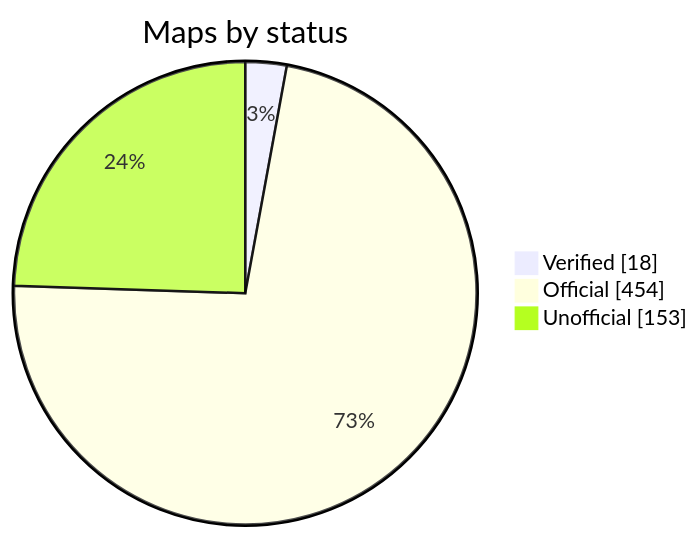
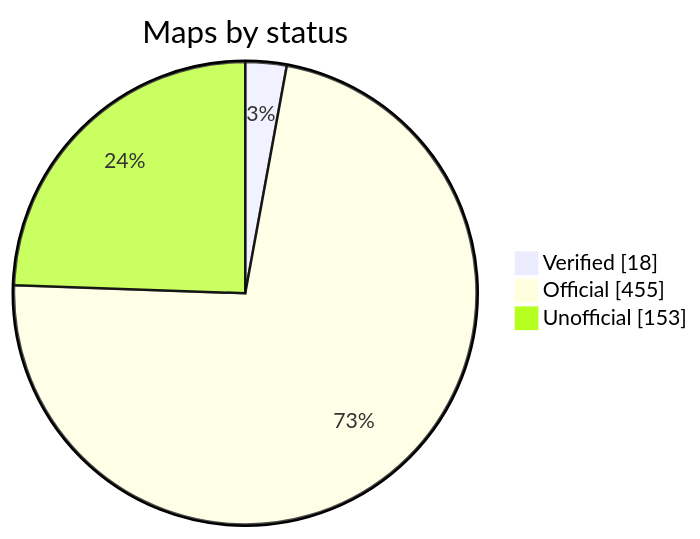
Before and after one commit to nobrega8/mbmap-library: the diagram in README.md, drawn with Mermaid. The commit also changed 6 other files, not shown here.

````diff
--- a/README.md
+++ b/README.md
@@ -52,7 +52,7 @@
 ```mermaid
 pie showData
     title Maps by status
     "Verified" : 18
-    "Official" : 454
+    "Official" : 455
     "Unofficial" : 153
 ```
````
